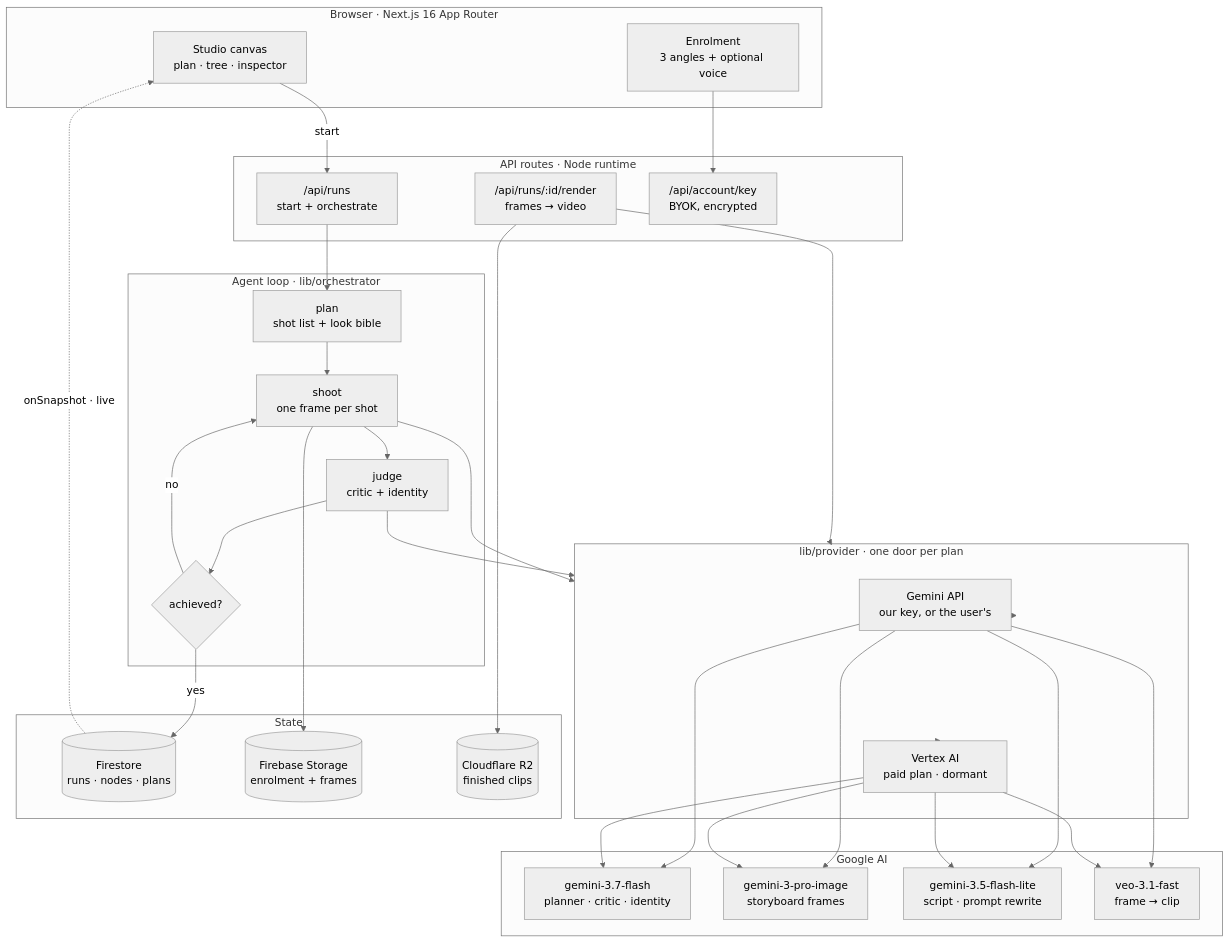
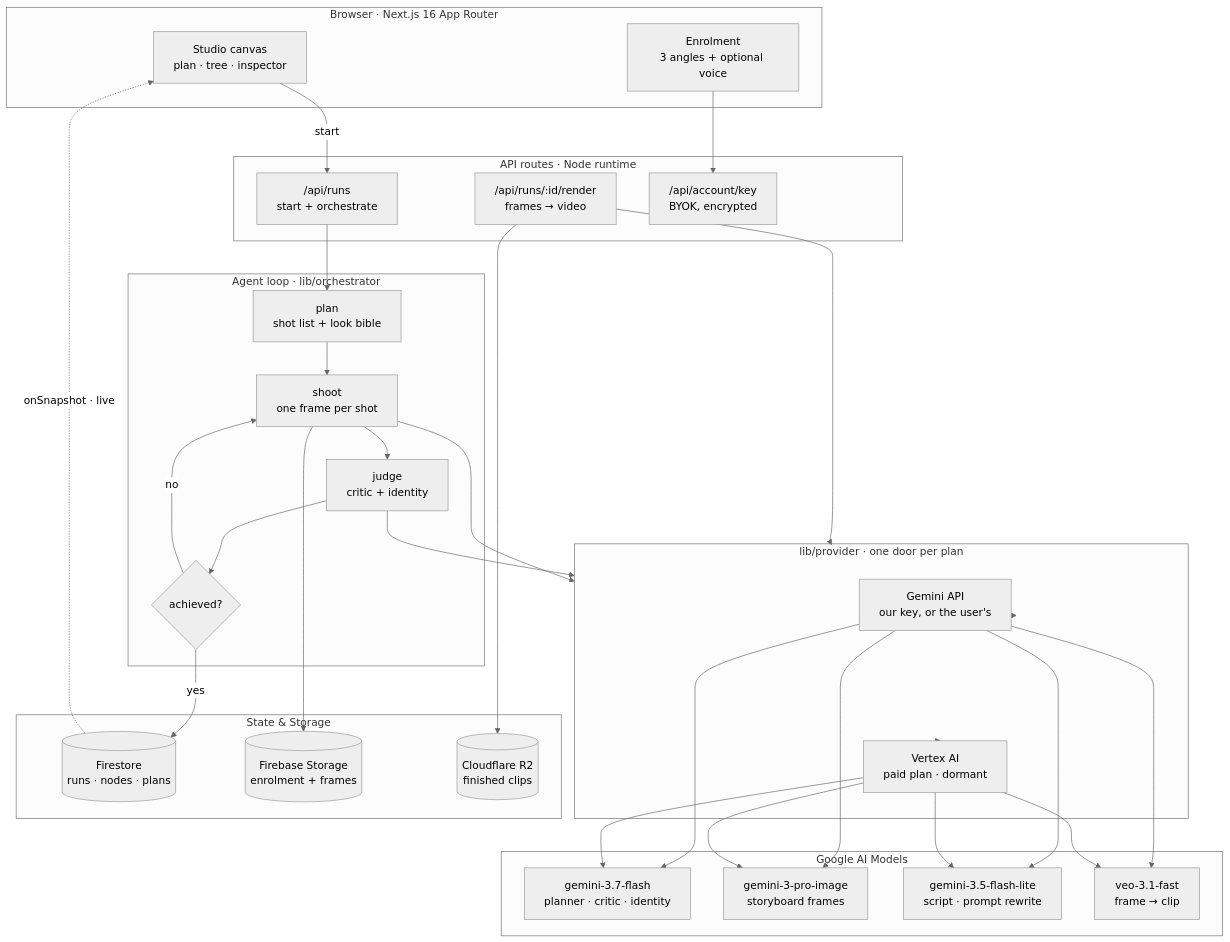
Before and after one commit to JiawenZhu/restage: the diagram in README.md, drawn with Mermaid (neutral theme). The commit also changed other lines of this file and 16 other files, not shown here.

````diff
--- a/README.md
+++ b/README.md
@@ -83,52 +103,52 @@
 ```mermaid
 flowchart TB
     subgraph client["Browser · Next.js 16 App Router"]
         studio["Studio canvas<br/>plan · tree · inspector"]
         enrol["Enrolment<br/>3 angles + optional voice"]
     end
 
     subgraph api["API routes · Node runtime"]
         runs["/api/runs<br/>start + orchestrate"]
         render["/api/runs/:id/render<br/>frames → video"]
         acct["/api/account/key<br/>BYOK, encrypted"]
     end
 
     subgraph agent["Agent loop · lib/orchestrator"]
         plan["plan<br/>shot list + look bible"]
         shoot["shoot<br/>one frame per shot"]
         judge["judge<br/>critic + identity"]
         retry{"achieved?"}
     end
 
     subgraph provider["lib/provider · one door per plan"]
         byok["Gemini API<br/>our key, or the user's"]
         vertex["Vertex AI<br/>paid plan · dormant"]
     end
 
-    subgraph google["Google AI"]
+    subgraph google["Google AI Models"]
         g1["gemini-3.7-flash<br/>planner · critic · identity"]
         g2["gemini-3-pro-image<br/>storyboard frames"]
         g3["gemini-3.5-flash-lite<br/>script · prompt rewrite"]
         g4["veo-3.1-fast<br/>frame → clip"]
     end
 
-    subgraph state["State"]
+    subgraph state["State & Storage"]
         fs[("Firestore<br/>runs · nodes · plans")]
         gcs[("Firebase Storage<br/>enrolment + frames")]
         r2[("Cloudflare R2<br/>finished clips")]
     end
 
     studio -->|"start"| runs
     enrol --> acct
     runs --> plan --> shoot --> judge --> retry
     retry -->|"no"| shoot
     retry -->|"yes"| fs
     render --> provider
     shoot --> provider
     judge --> provider
     provider --> byok & vertex
     byok & vertex --> g1 & g2 & g3 & g4
     shoot --> gcs
     render --> r2
     fs -.->|"onSnapshot · live"| studio
 ```
````
